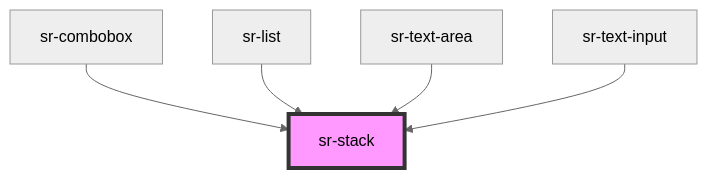
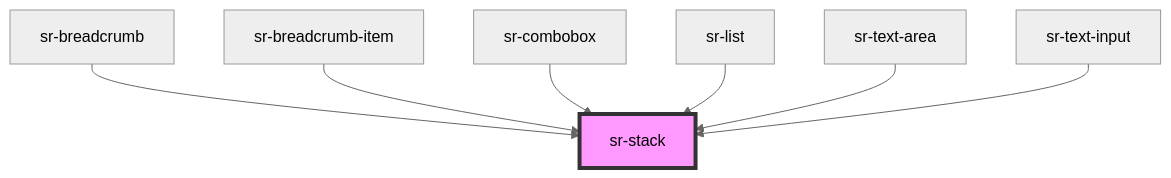
The diagram in src/components/layouts/sr-stack/readme.md (tonyblu331/spotify-replay-design-system), drawn with Mermaid (neutral theme) before and after one commit. The commit also changed other lines of this file and 21 other files, not shown here.

````diff
--- a/src/components/layouts/sr-stack/readme.md
+++ b/src/components/layouts/sr-stack/readme.md
@@ -31,8 +33,10 @@
 ```mermaid
 graph TD;
+  sr-breadcrumb --> sr-stack
+  sr-breadcrumb-item --> sr-stack
   sr-combobox --> sr-stack
   sr-list --> sr-stack
   sr-text-area --> sr-stack
   sr-text-input --> sr-stack
   style sr-stack fill:#f9f,stroke:#333,stroke-width:4px
 ```
````
